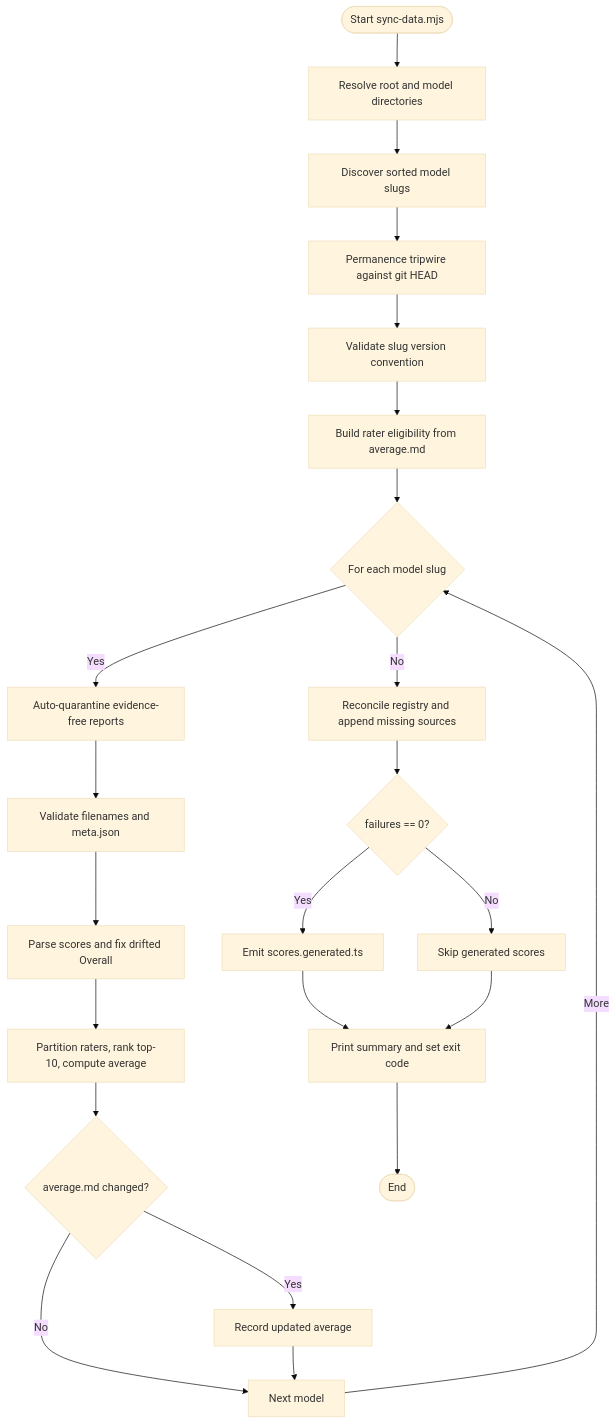
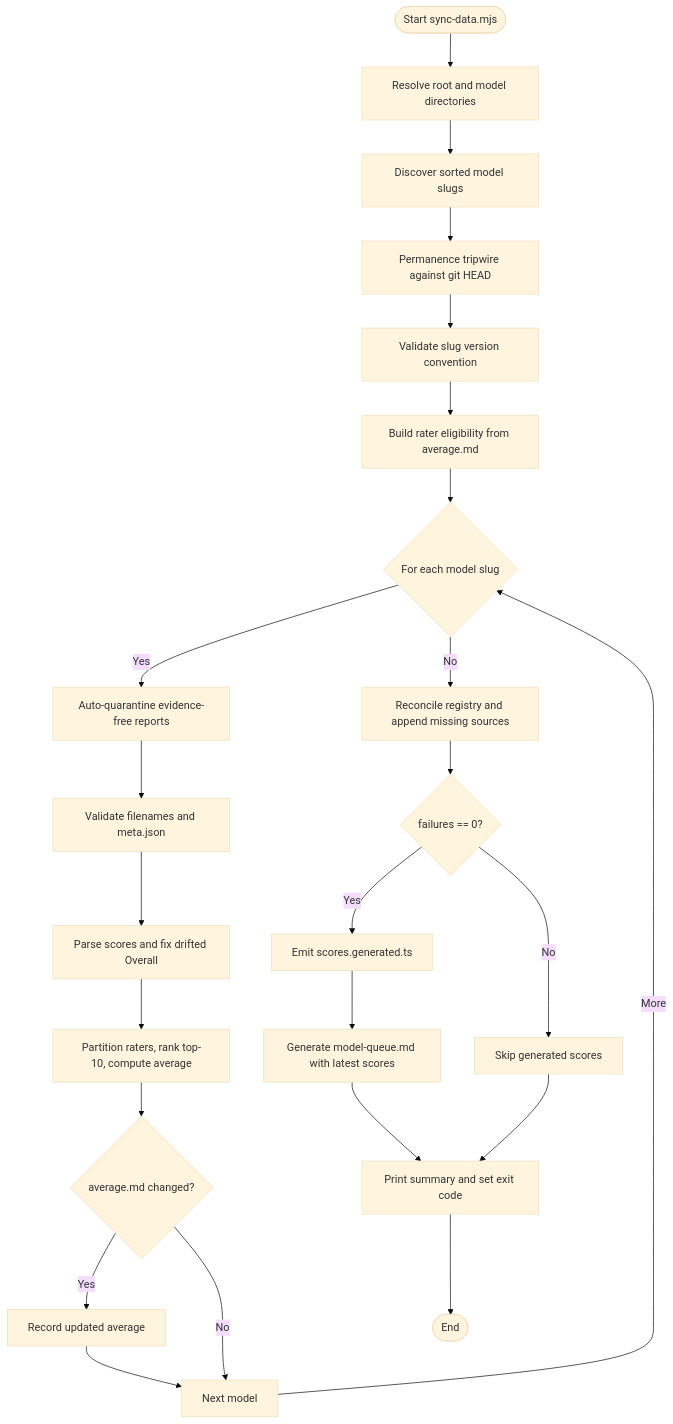
One commit to delirium-dj/modelcomp changed the second of 9 diagrams in .qoder/repowiki/en/content/Data Management System/Data Synchronization Pipeline/Sync Script Overview.md. Above: the diagram before and after it, drawn with Mermaid (base theme). The commit also changed other lines of this file and 162 other files, not shown here.

````diff
--- a/.qoder/repowiki/en/content/Data Management System/Data Synchronization Pipeline/Sync Script Overview.md
+++ b/.qoder/repowiki/en/content/Data Management System/Data Synchronization Pipeline/Sync Script Overview.md
@@ -116,25 +137,26 @@
 ```mermaid
 flowchart TD
 Start(["Start sync-data.mjs"]) --> Roots["Resolve root and model directories"]
 Roots --> Slugs["Discover sorted model slugs"]
 Slugs --> Tripwire["Permanence tripwire against git HEAD"]
 Tripwire --> SlugCheck["Validate slug version convention"]
 SlugCheck --> Raters["Build rater eligibility from average.md"]
 Raters --> LoopModels{"For each model slug"}
 LoopModels --> |Yes| Quarantine["Auto-quarantine evidence-free reports"]
 Quarantine --> Hygiene["Validate filenames and meta.json"]
 Hygiene --> ParseScores["Parse scores and fix drifted Overall"]
 ParseScores --> Cohort["Partition raters, rank top-10, compute average"]
 Cohort --> WriteAvg{"average.md changed?"}
 WriteAvg --> |Yes| UpdateList["Record updated average"]
 WriteAvg --> |No| NextModel["Next model"]
 UpdateList --> NextModel
 NextModel --> |More| LoopModels
 LoopModels --> |No| Registry["Reconcile registry and append missing sources"]
 Registry --> GenScores{"failures == 0?"}
 GenScores --> |Yes| Emit["Emit scores.generated.ts"]
 GenScores --> |No| SkipGen["Skip generated scores"]
-Emit --> Summary["Print summary and set exit code"]
+Emit --> Queue["Generate model-queue.md with latest scores"]
+Queue --> Summary["Print summary and set exit code"]
 SkipGen --> Summary
 Summary --> End(["End"])
 ```
````
